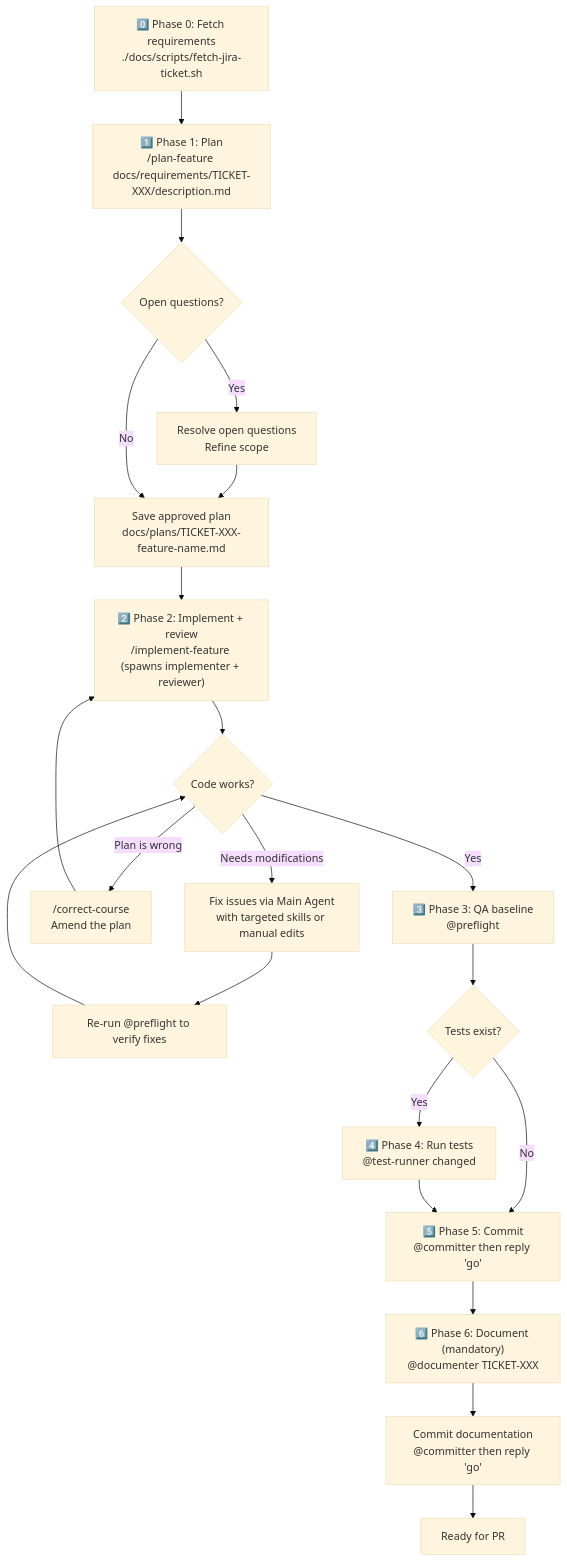
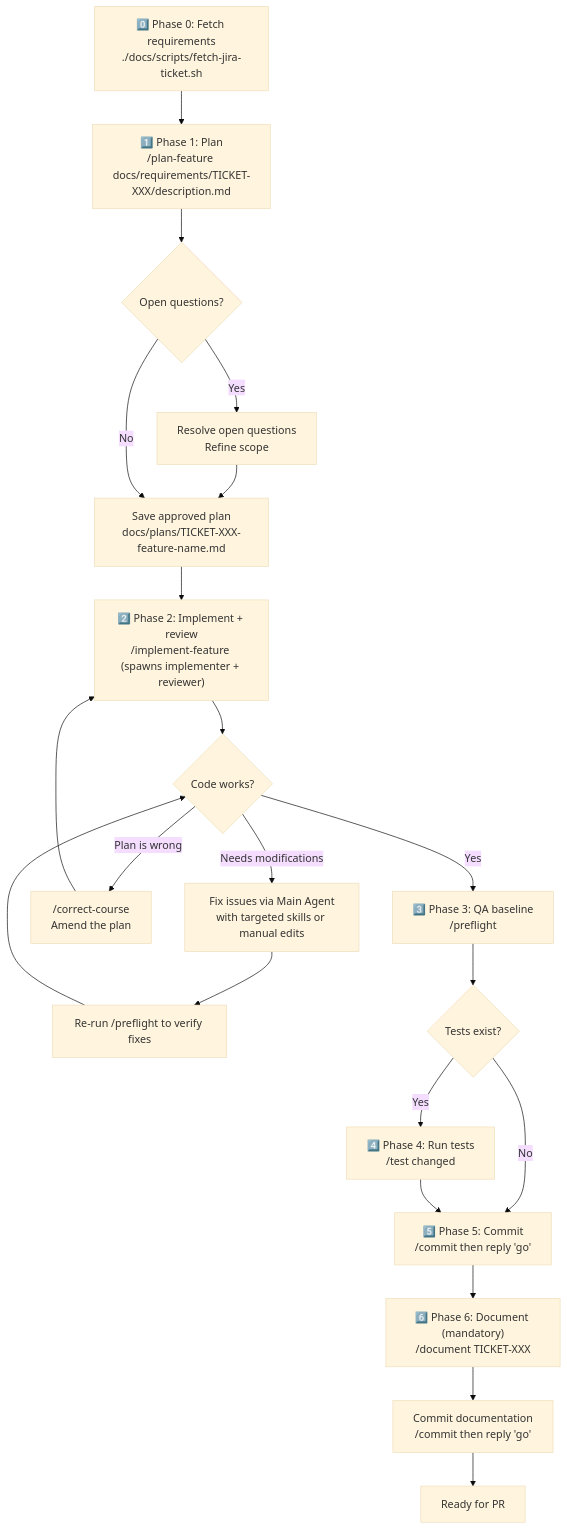
The diagram in docs/manuals/01-workflows/feature-development.md (damian-demasi-aligent/ai-agent-tool-chain-generic), drawn with Mermaid (base theme) before and after one commit. The commit also changed other lines of this file and 23 other files, not shown here.

````diff
--- a/docs/manuals/01-workflows/feature-development.md
+++ b/docs/manuals/01-workflows/feature-development.md
@@ -30,23 +30,23 @@
 ```mermaid
 flowchart TD
     Z["0️⃣ Phase 0: Fetch requirements<br/>./docs/scripts/fetch-jira-ticket.sh"] --> A
     A["1️⃣ Phase 1: Plan<br/>/plan-feature docs/requirements/TICKET-XXX/description.md"] --> B{Open questions?}
     B -- Yes --> C[Resolve open questions<br/>Refine scope]
     C --> D
     B -- No --> D[Save approved plan<br/>docs/plans/TICKET-XXX-feature-name.md]
     D --> E["2️⃣ Phase 2: Implement + review<br/>/implement-feature (spawns implementer + reviewer)"]
     E --> F{Code works?}
     F -- "Needs modifications" --> G[Fix issues via Main Agent<br/>with targeted skills or manual edits]
     F -- "Plan is wrong" --> CC["/correct-course<br/>Amend the plan"]
     CC --> E
-    G --> E2["Re-run @preflight to verify fixes"]
+    G --> E2["Re-run /preflight to verify fixes"]
     E2 --> F
-    F -- Yes --> H["3️⃣ Phase 3: QA baseline<br/>@preflight"]
+    F -- Yes --> H["3️⃣ Phase 3: QA baseline<br/>/preflight"]
     H --> I{Tests exist?}
-    I -- Yes --> J["4️⃣ Phase 4: Run tests<br/>@test-runner changed"]
-    I -- No --> K["5️⃣ Phase 5: Commit<br/>@committer then reply 'go'"]
+    I -- Yes --> J["4️⃣ Phase 4: Run tests<br/>/test changed"]
+    I -- No --> K["5️⃣ Phase 5: Commit<br/>/commit then reply 'go'"]
     J --> K
-    K --> L["6️⃣ Phase 6: Document (mandatory)<br/>@documenter TICKET-XXX"]
-    L --> M["Commit documentation<br/>@committer then reply 'go'"]
+    K --> L["6️⃣ Phase 6: Document (mandatory)<br/>/document TICKET-XXX"]
+    L --> M["Commit documentation<br/>/commit then reply 'go'"]
     M --> N[Ready for PR]
 ```
````
